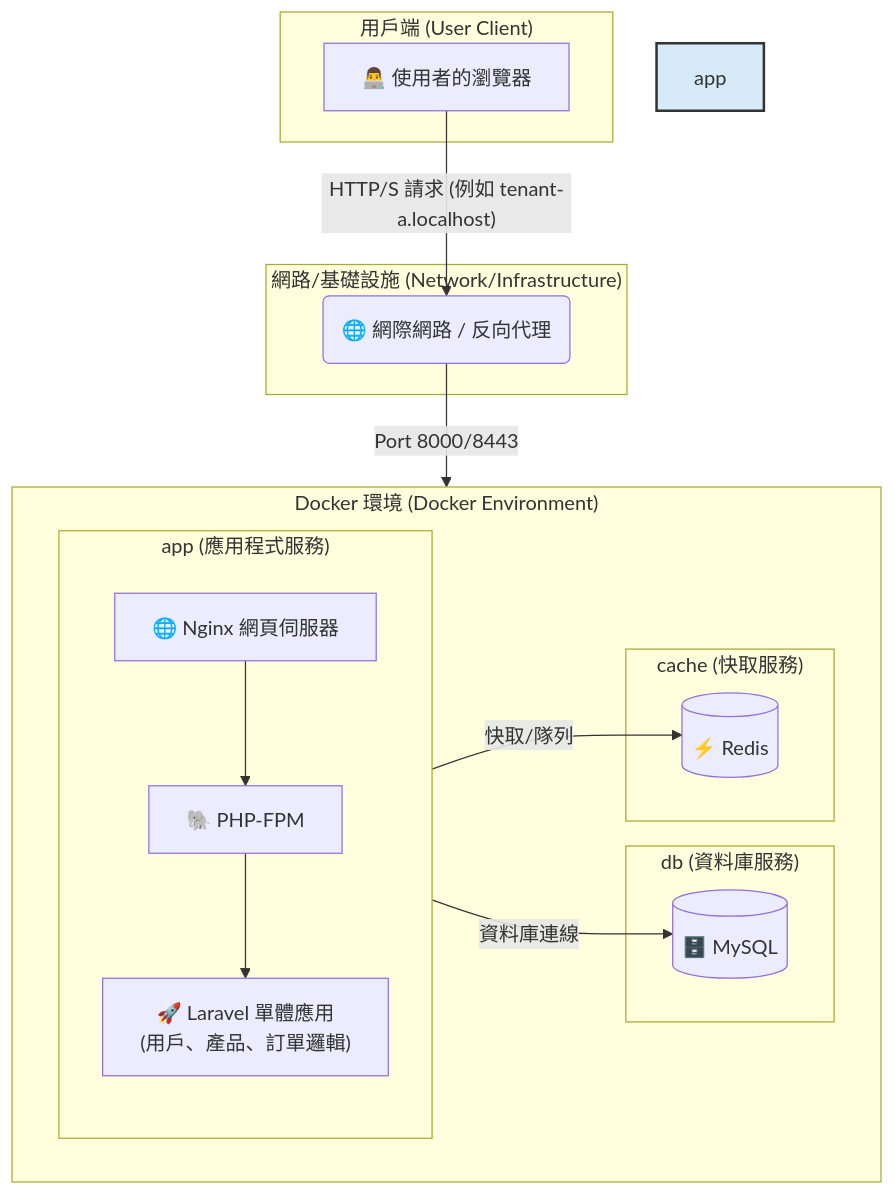
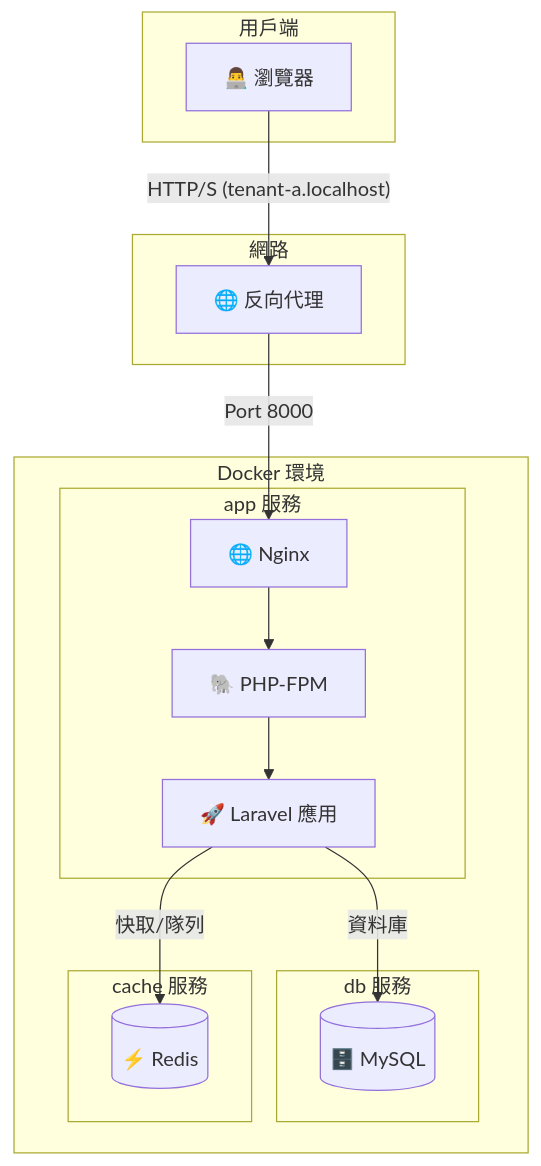
Before and after one commit to BpsEason/laravel_saas_boilerplate: the diagram in README.md, drawn with Mermaid. The commit also changed other lines of this file, not shown here.

````diff
--- a/README.md
+++ b/README.md
@@ -185,34 +131,25 @@
 ```mermaid
 graph TD
-    subgraph "用戶端 (User Client)"
-        U[👨‍💻 使用者的瀏覽器]
+    subgraph "用戶端"
+        U[👨‍💻 瀏覽器]
     end
-
-    subgraph "網路/基礎設施 (Network/Infrastructure)"
-        LB(🌐 網際網路 / 反向代理)
+    subgraph "網路"
+        LB[🌐 反向代理]
     end
-
-    subgraph "Docker 環境 (Docker Environment)"
-        direction LR
-        subgraph "app (應用程式服務)"
-            style app fill:#D6EAF8,stroke:#333,stroke-width:2px
-            direction TB
-            Nginx[🌐 Nginx 網頁伺服器] --> FPM[🐘 PHP-FPM]
-            FPM --> LV["🚀 Laravel 單體應用<br/>(用戶、產品、訂單邏輯)"]
+    subgraph "Docker 環境"
+        subgraph "app 服務"
+            Nginx[🌐 Nginx] --> FPM[🐘 PHP-FPM]
+            FPM --> LV[🚀 Laravel 應用]
         end
-
-        subgraph "db (資料庫服務)"
+        subgraph "db 服務"
             DB[(🗄️ MySQL)]
         end
-
-        subgraph "cache (快取服務)"
+        subgraph "cache 服務"
             Redis[(⚡ Redis)]
         end
     end
-    
-    U -- "HTTP/S 請求 (例如 tenant-a.localhost)" --> LB
-    LB -- "Port 8000/8443" --> Nginx
-
-    LV -- "資料庫連線" --> DB
+    U -- "HTTP/S (tenant-a.localhost)" --> LB
+    LB -- "Port 8000" --> Nginx
+    LV -- "資料庫" --> DB
     LV -- "快取/隊列" --> Redis
 ```
````
